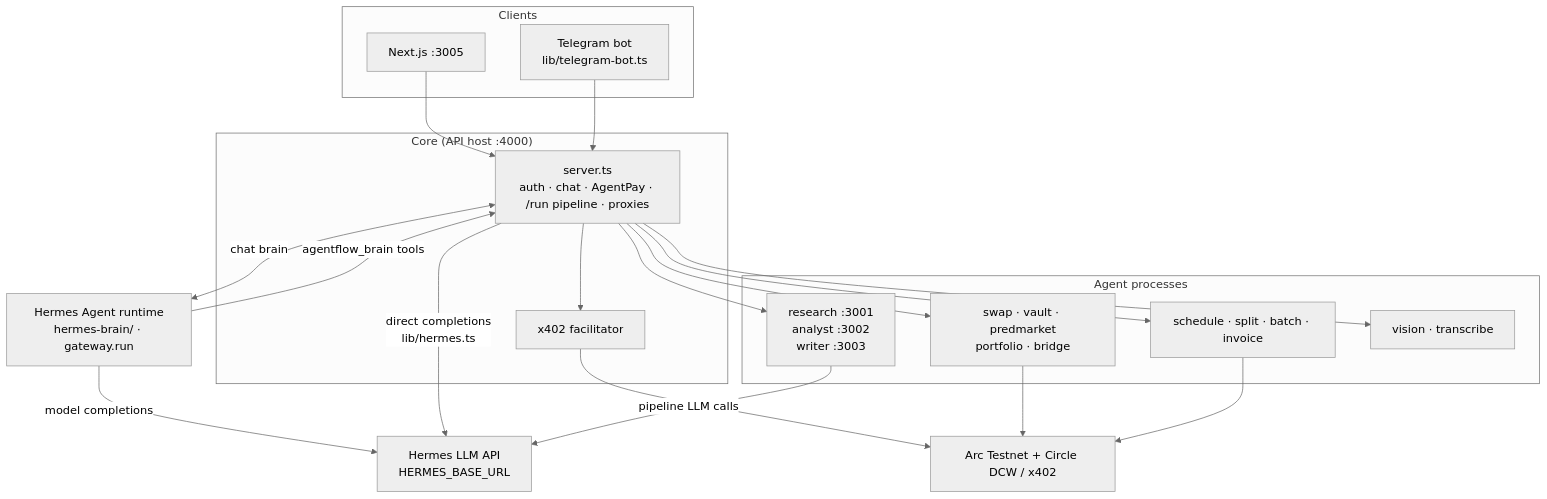
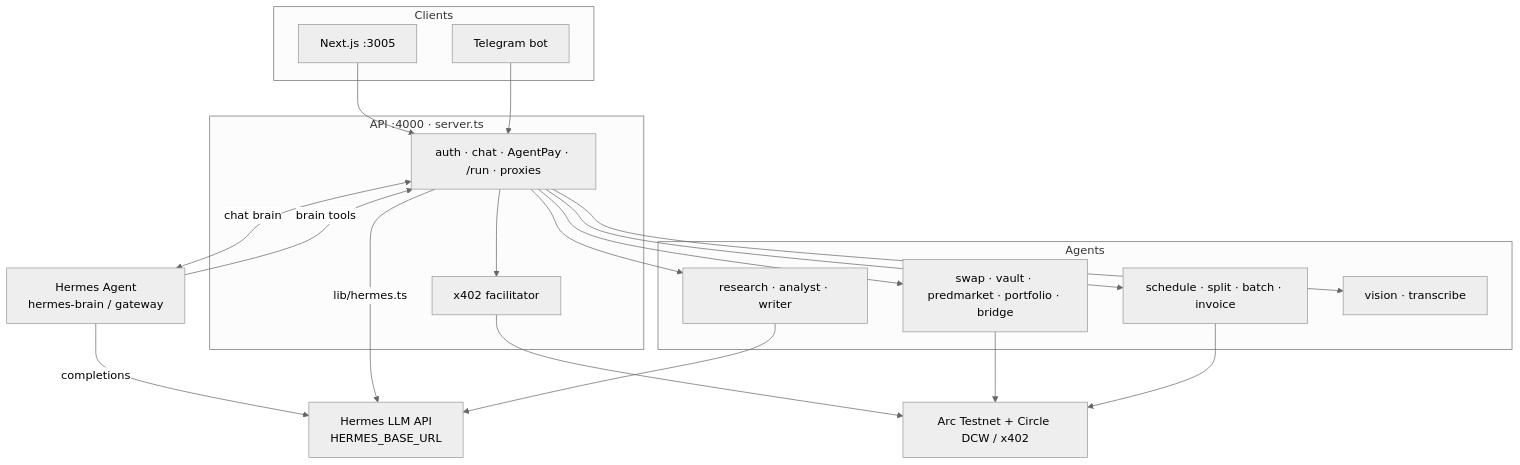
One commit to Snehal707/Agentflow changed the first of 3 diagrams in README.md. Above: the diagram before and after it, drawn with Mermaid (neutral theme). The commit also changed other lines of this file, not shown here.

````diff
--- a/README.md
+++ b/README.md
@@ -111,40 +42,40 @@
 ```mermaid
 flowchart TB
   subgraph Clients
     Web["Next.js :3005"]
-    Tg["Telegram bot\nlib/telegram-bot.ts"]
+    Tg["Telegram bot"]
   end
 
-  subgraph Core["Core (API host :4000)"]
-    API["server.ts\nauth · chat · AgentPay · /run pipeline · proxies"]
+  subgraph Core["API :4000 · server.ts"]
+    API["auth · chat · AgentPay · /run · proxies"]
     Fac["x402 facilitator"]
   end
 
-  HermesAgent["Hermes Agent runtime\nhermes-brain/ · gateway.run"]
+  HermesAgent["Hermes Agent\nhermes-brain / gateway"]
   HermesLLM["Hermes LLM API\nHERMES_BASE_URL"]
 
-  subgraph Agents["Agent processes"]
-    RAW["research :3001\nanalyst :3002\nwriter :3003"]
-    DeFi["swap · vault · predmarket\nportfolio · bridge"]
+  subgraph Agents
+    RAW["research · analyst · writer"]
+    DeFi["swap · vault · predmarket · portfolio · bridge"]
     Pay["schedule · split · batch · invoice"]
     Media["vision · transcribe"]
   end
 
   Arc["Arc Testnet + Circle DCW / x402"]
 
   Web --> API
   Tg --> API
   API <-->|"chat brain"| HermesAgent
-  HermesAgent -->|"model completions"| HermesLLM
-  HermesAgent -->|"agentflow_brain tools"| API
-  API -->|"direct completions\nlib/hermes.ts"| HermesLLM
-  RAW -->|"pipeline LLM calls"| HermesLLM
+  HermesAgent -->|"completions"| HermesLLM
+  HermesAgent -->|"brain tools"| API
+  API -->|"lib/hermes.ts"| HermesLLM
+  RAW --> HermesLLM
   API --> Fac
   API --> RAW
   API --> DeFi
   API --> Pay
   API --> Media
   Fac --> Arc
   DeFi --> Arc
   Pay --> Arc
 ```
````
